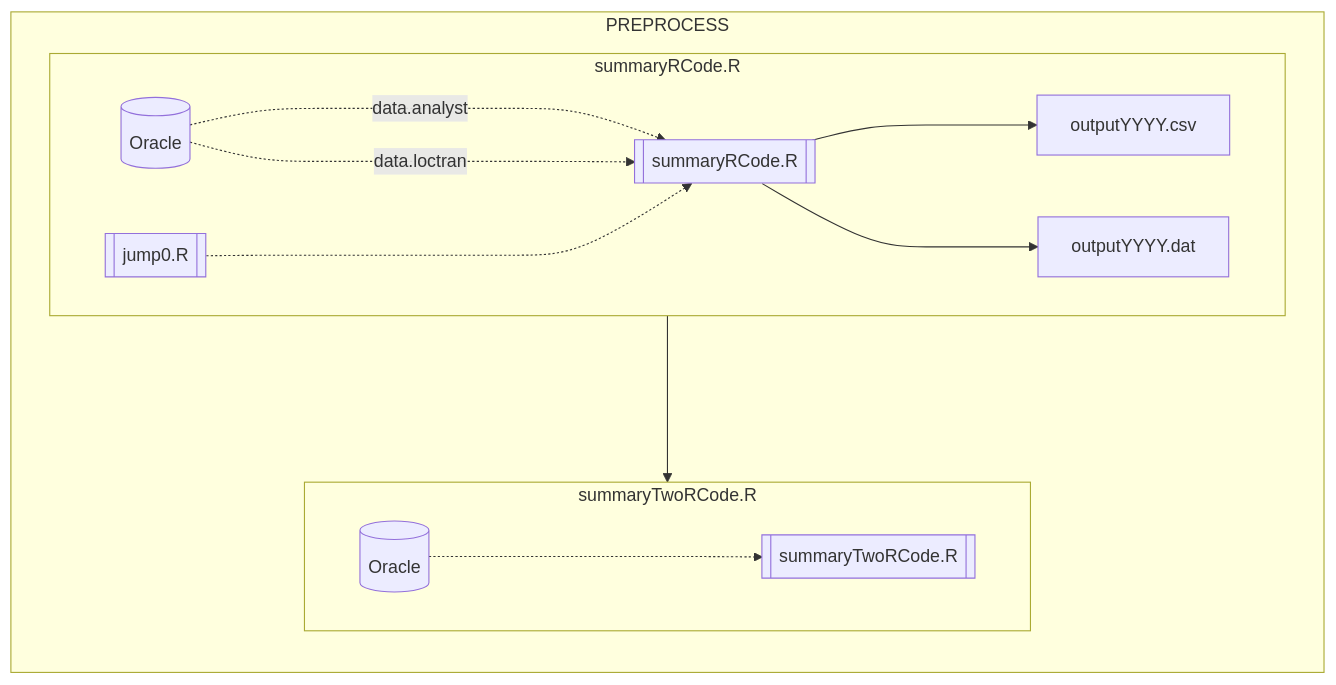
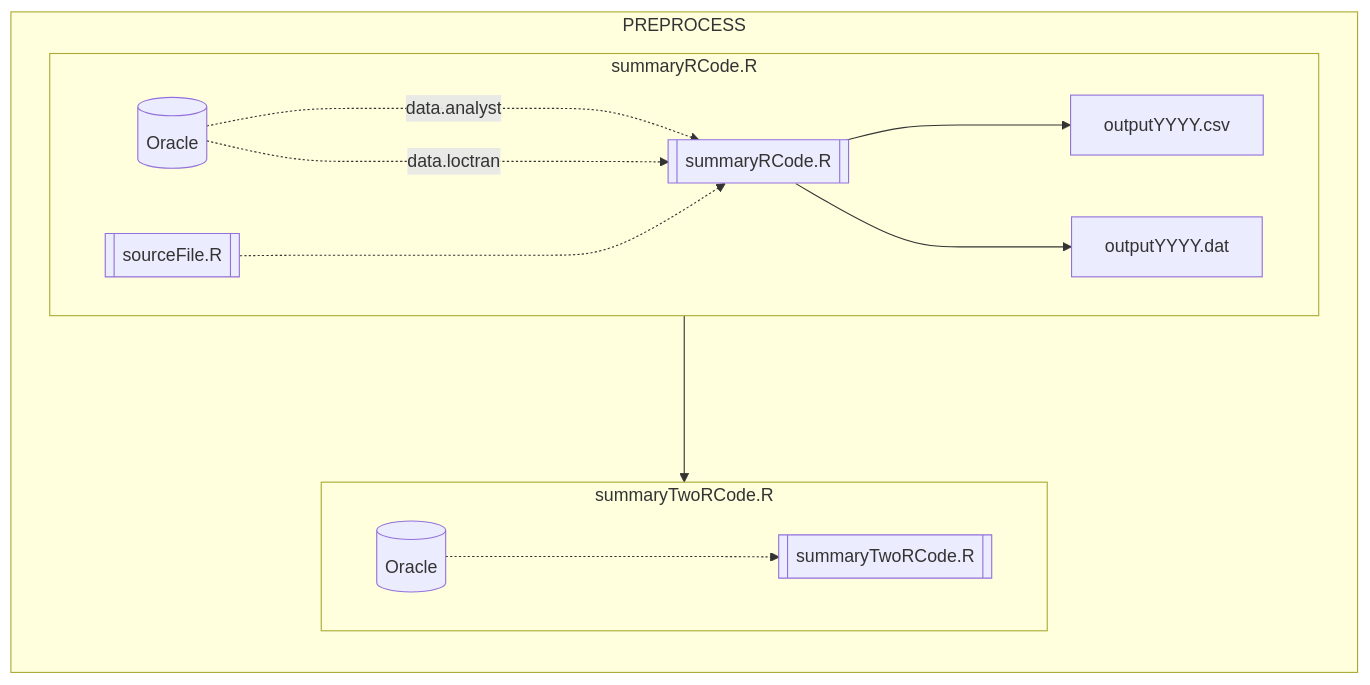
Before and after one commit to SEFSC/SEFSC-Resources: the diagram in Example_README.md, drawn with Mermaid.

````diff
--- a/Example_README.md
+++ b/Example_README.md
@@ -18,19 +18,19 @@
 ```mermaid
 flowchart LR
   subgraph A [PREPROCESS]
     direction TB
     subgraph R1 ["summaryRCode.R"]
       direction LR
       DB1[(Oracle)] -...->|data.analyst| RC1[["summaryRCode.R"]];
       DB1[(Oracle)] -...->|data.loctran| RC1[["summaryRCode.R"]];
-      RC2[[jump0.R]]-...-> RC1[["summaryRCode.R"]];
+      RC2[[sourceFile.R]]-...-> RC1[["summaryRCode.R"]];
       RC1[["summaryRCode.R"]] ---> OF1[outputYYYY.csv];
       RC1[["summaryRCode.R"]] ---> OF2[outputYYYY.dat];
     end
     subgraph R2 ["summaryTwoRCode.R"]
       direction LR
       DB2[(Oracle)] -...-> RC3[["summaryTwoRCode.R"]];
     end
   end
   R1 ---> R2;
 ```
````
